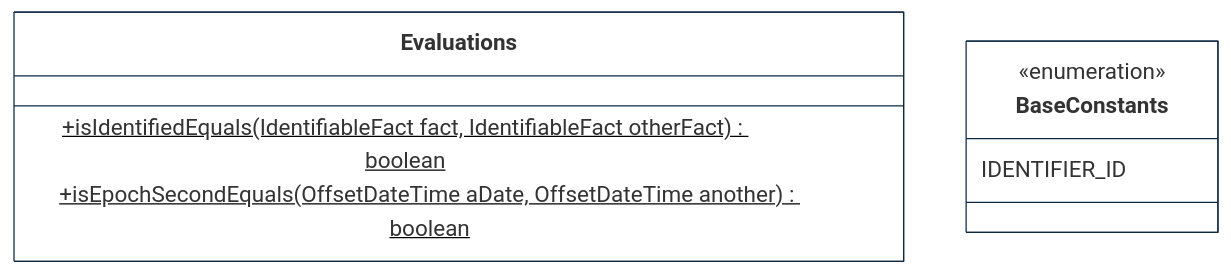
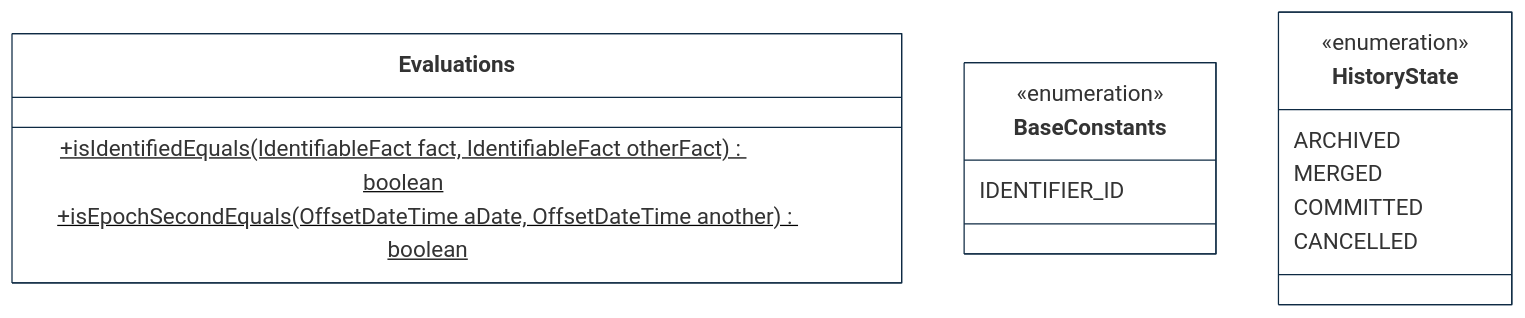
One commit to cybnity/foundation changed the second of 6 diagrams in implementations-line/framework/immutable/designview-packages.md. Above: the diagram before and after it, drawn with Mermaid. The commit also changed other lines of this file, not shown here.

````diff
--- a/implementations-line/framework/immutable/designview-packages.md
+++ b/implementations-line/framework/immutable/designview-packages.md
@@ -116,29 +117,36 @@
 ```mermaid
 %%{
   init: {
     'theme': 'base',
     'themeVariables': {
         'background': '#ffffff',
         'fontFamily': 'arial',
         'fontSize': '18px',
         'primaryColor': '#fff',
         'primaryBorderColor': '#0e2a43',
         'secondaryBorderColor': '#0e2a43',
         'tertiaryBorderColor': '#0e2a43',
         'edgeLabelBackground':'#0e2a43',
         'lineColor': '#0e2a43',
         'tertiaryColor': '#fff'
     }
   }
 }%%
 classDiagram
 
     class Evaluations {
         +isIdentifiedEquals(IdentifiableFact fact, IdentifiableFact otherFact)$ boolean
         +isEpochSecondEquals(OffsetDateTime aDate, OffsetDateTime another)$ boolean
     }
     class BaseConstants {
         <<enumeration>>
         IDENTIFIER_ID
     }
+    class HistoryState {
+        <<enumeration>>
+        ARCHIVED
+        MERGED
+        COMMITTED
+        CANCELLED
+    }
 ```
````
